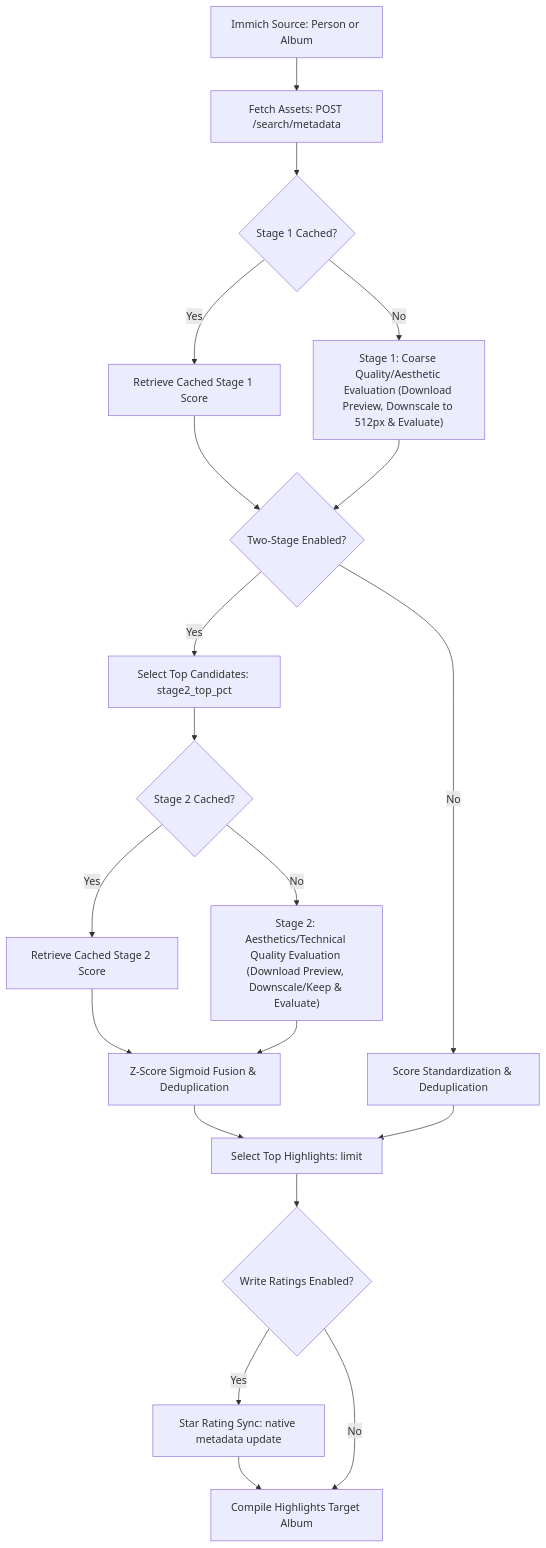
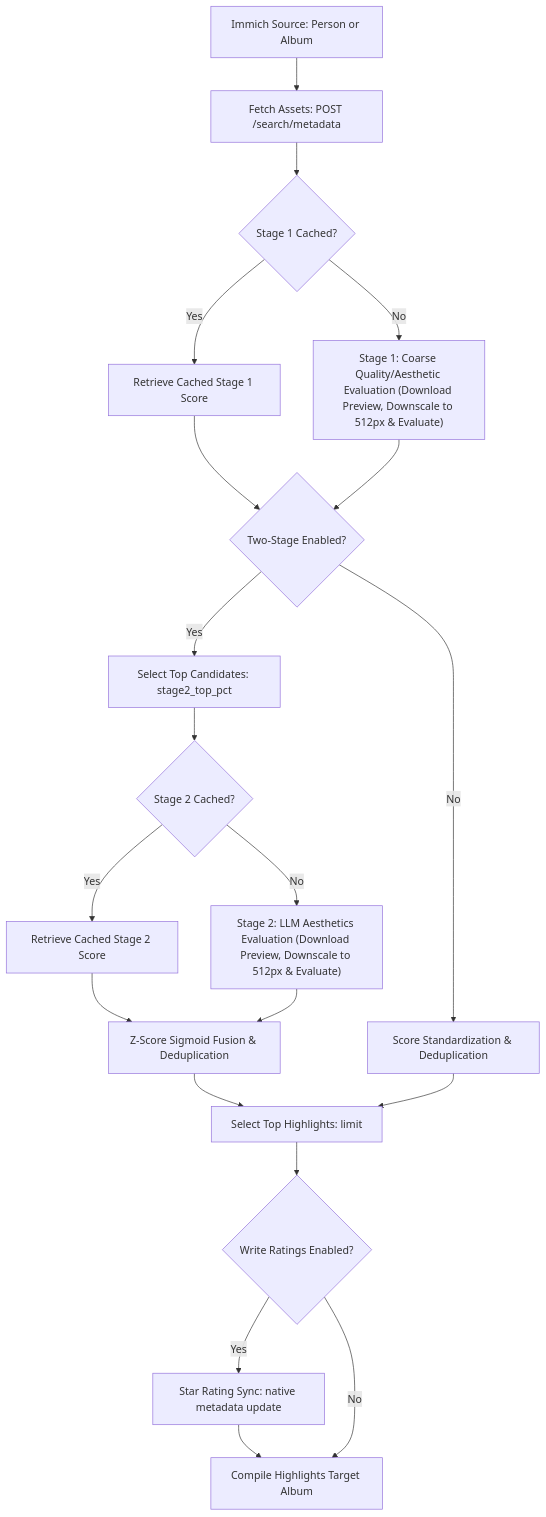
Before and after one commit to jbelew/immich-aesthetic-scorer: the diagram in README.md, drawn with Mermaid. The commit also changed 1 other file, not shown here.

Commit message:
docs: align Stage 2 diagram nodes to refer to LLM Aesthetics Evaluation
- Update node J in README.md and code_review_and_architecture.md Mermaid blocks to refer strictly to LLM Aesthetics Evaluation and downscaling

````diff
--- a/README.md
+++ b/README.md
@@ -17,30 +17,30 @@
 ```mermaid
 graph TD
     A[Immich Source: Person or Album] --> B[Fetch Assets: POST /search/metadata]
     B --> C{Stage 1 Cached?}
 
     C -->|Yes| D[Retrieve Cached Stage 1 Score]
     C -->|No| E["Stage 1: Coarse Quality/Aesthetic Evaluation (Download Preview, Downscale to 512px & Evaluate)"]
 
     D --> F{Two-Stage Enabled?}
     E --> F
 
     F -->|Yes| G[Select Top Candidates: stage2_top_pct]
     G --> H{Stage 2 Cached?}
 
     H -->|Yes| I[Retrieve Cached Stage 2 Score]
-    H -->|No| J["Stage 2: Aesthetics/Technical Quality Evaluation (Download Preview, Downscale/Keep & Evaluate)"]
+    H -->|No| J["Stage 2: LLM Aesthetics Evaluation (Download Preview, Downscale to 512px & Evaluate)"]
 
     I --> K[Z-Score Sigmoid Fusion & Deduplication]
     J --> K
 
     F -->|No| L[Score Standardization & Deduplication]
 
     K --> M[Select Top Highlights: limit]
     L --> M
 
     M --> N{Write Ratings Enabled?}
     N -->|Yes| O[Star Rating Sync: native metadata update]
     O --> P[Compile Highlights Target Album]
     N -->|No| P
 ```
````
